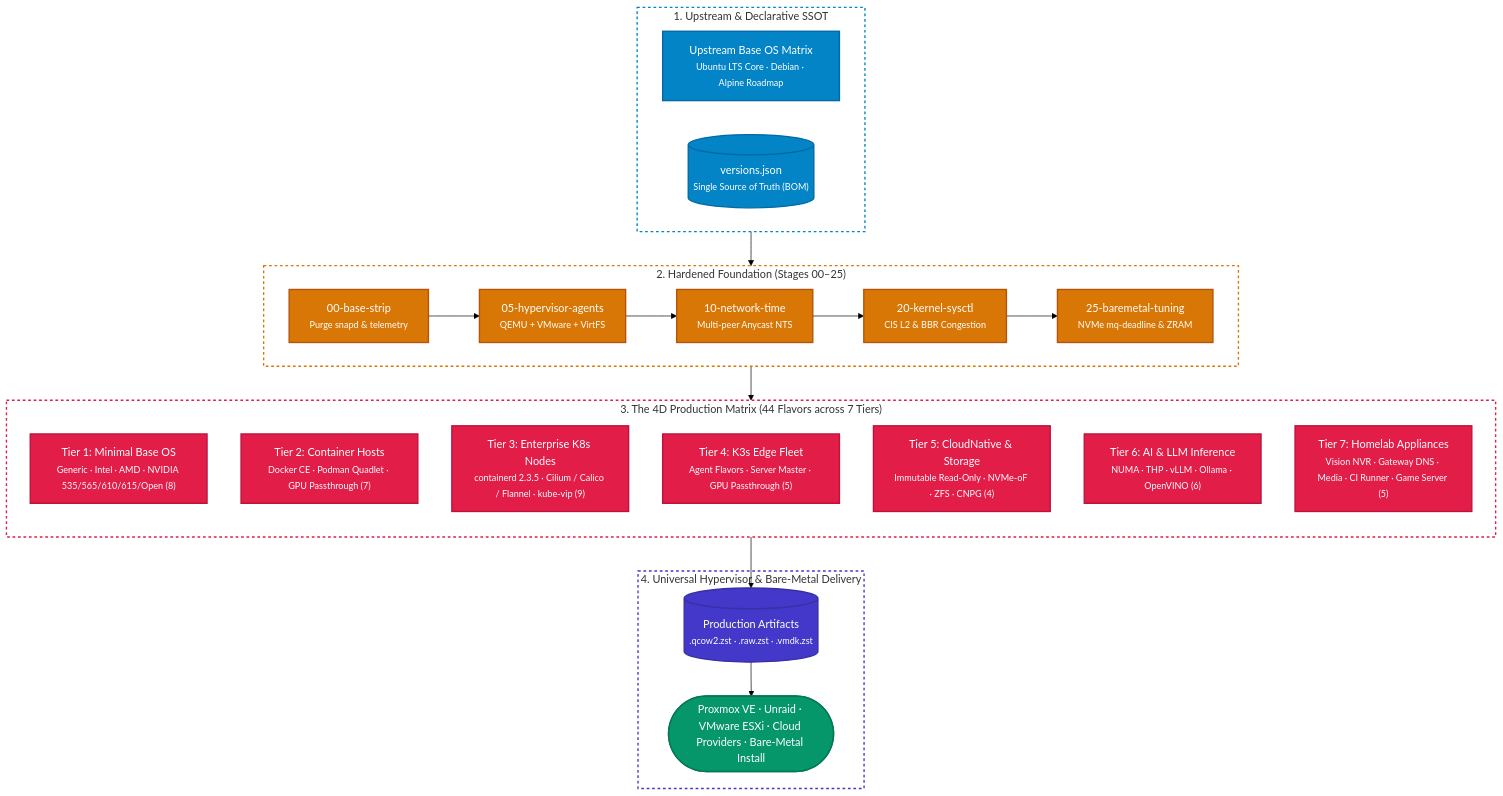
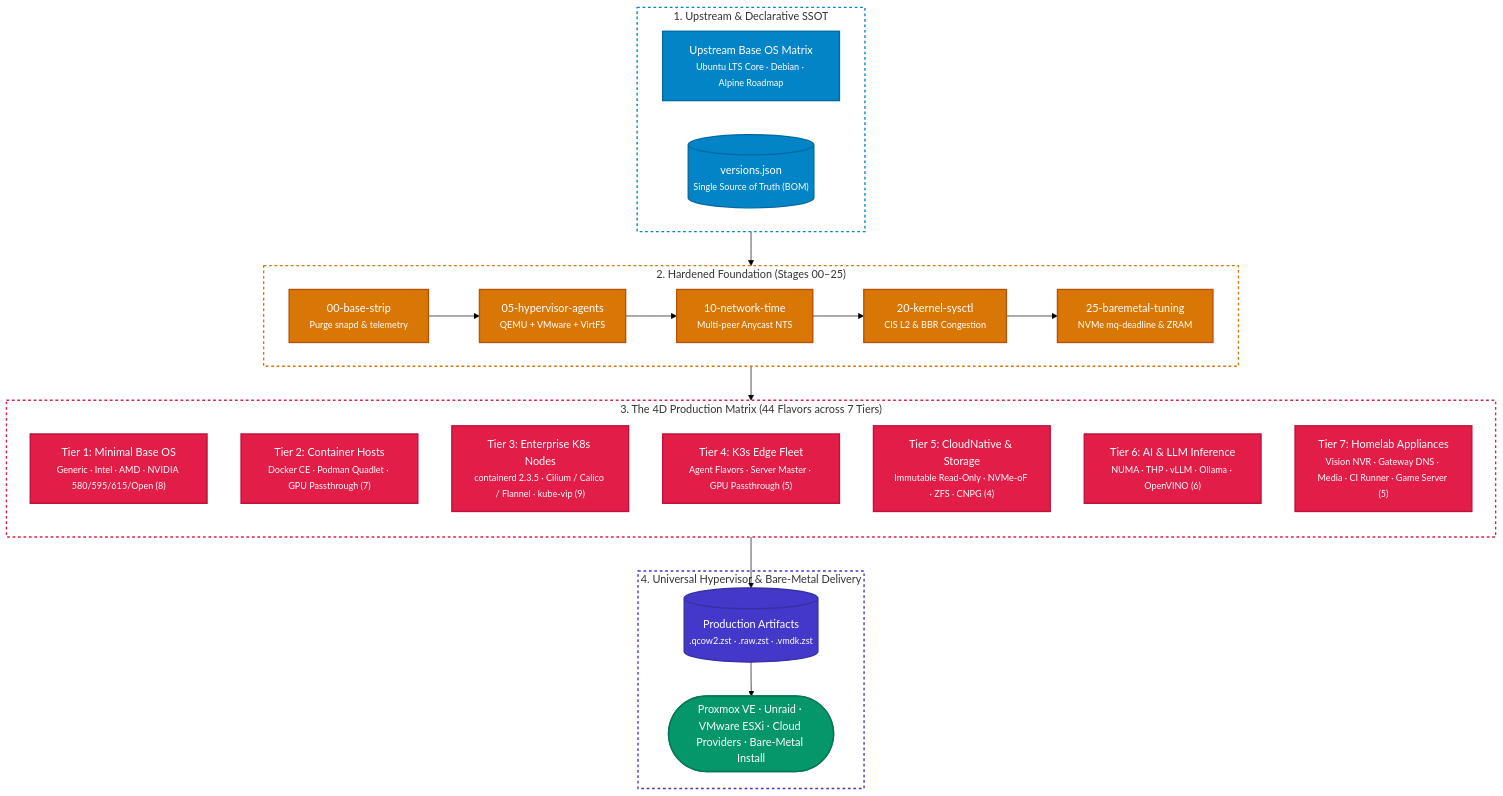
The diagram in docs/index.md (cordanaLLM/imago), drawn with Mermaid (forest theme) before and after one commit. The commit also changed other lines of this file and 39 other files, not shown here.

````diff
--- a/docs/index.md
+++ b/docs/index.md
@@ -27,49 +27,49 @@
 ```mermaid
 flowchart TD
     %% Semantic class definitions with vibrant, high-contrast jewel palettes
     classDef ssot fill:#0284c7,stroke:#0369a1,stroke-width:2px,color:#ffffff
     classDef foundation fill:#d97706,stroke:#b45309,stroke-width:2px,color:#ffffff
     classDef tiers fill:#e11d48,stroke:#be123c,stroke-width:2px,color:#ffffff
     classDef artifacts fill:#4338ca,stroke:#3730a3,stroke-width:2px,color:#ffffff
     classDef platforms fill:#059669,stroke:#047857,stroke-width:2px,color:#ffffff
 
     subgraph Inputs["1. Upstream & Declarative SSOT"]
         Upstream["Upstream Base OS Matrix<br/><small>Ubuntu LTS Core · Debian · Alpine Roadmap</small>"]:::ssot
         SSOT[("versions.json<br/><small>Single Source of Truth (BOM)</small>")]:::ssot
     end
 
     subgraph Core["2. Hardened Foundation (Stages 00–25)"]
         S0["00-base-strip<br/><small>Purge snapd & telemetry</small>"]:::foundation
         S1["05-hypervisor-agents<br/><small>QEMU + VMware + VirtFS</small>"]:::foundation
         S2["10-network-time<br/><small>Multi-peer Anycast NTS</small>"]:::foundation
         S3["20-kernel-sysctl<br/><small>CIS L2 & BBR Congestion</small>"]:::foundation
         S4["25-baremetal-tuning<br/><small>NVMe mq-deadline & ZRAM</small>"]:::foundation
         S0 --> S1 --> S2 --> S3 --> S4
     end
 
     subgraph Tiers["3. The 4D Production Matrix (44 Flavors across 7 Tiers)"]
         direction TB
-        T1["Tier 1: Minimal Base OS<br/><small>Generic · Intel · AMD · NVIDIA 535/565/610/615/Open (8)</small>"]:::tiers
+        T1["Tier 1: Minimal Base OS<br/><small>Generic · Intel · AMD · NVIDIA 580/595/615/Open (8)</small>"]:::tiers
         T2["Tier 2: Container Hosts<br/><small>Docker CE · Podman Quadlet · GPU Passthrough (7)</small>"]:::tiers
         T3["Tier 3: Enterprise K8s Nodes<br/><small>containerd 2.3.5 · Cilium / Calico / Flannel · kube-vip (9)</small>"]:::tiers
         T4["Tier 4: K3s Edge Fleet<br/><small>Agent Flavors · Server Master · GPU Passthrough (5)</small>"]:::tiers
         T5["Tier 5: CloudNative & Storage<br/><small>Immutable Read-Only · NVMe-oF · ZFS · CNPG (4)</small>"]:::tiers
         T6["Tier 6: AI & LLM Inference<br/><small>NUMA · THP · vLLM · Ollama · OpenVINO (6)</small>"]:::tiers
         T7["Tier 7: Homelab Appliances<br/><small>Vision NVR · Gateway DNS · Media · CI Runner · Game Server (5)</small>"]:::tiers
     end
 
     subgraph Delivery["4. Universal Hypervisor & Bare-Metal Delivery"]
         Artifacts[("Production Artifacts<br/><small>.qcow2.zst · .raw.zst · .vmdk.zst</small>")]:::artifacts
         Platforms(["Proxmox VE · Unraid · VMware ESXi · Cloud Providers · Bare-Metal Install"]):::platforms
         Artifacts --> Platforms
     end
 
     Inputs --> Core
     Core --> Tiers
     Tiers --> Artifacts
 
     style Inputs fill:none,stroke:#0284c7,stroke-width:2px,stroke-dasharray: 4 4
     style Core fill:none,stroke:#d97706,stroke-width:2px,stroke-dasharray: 4 4
     style Tiers fill:none,stroke:#e11d48,stroke-width:2px,stroke-dasharray: 4 4
     style Delivery fill:none,stroke:#4338ca,stroke-width:2px,stroke-dasharray: 4 4
 ```
````
